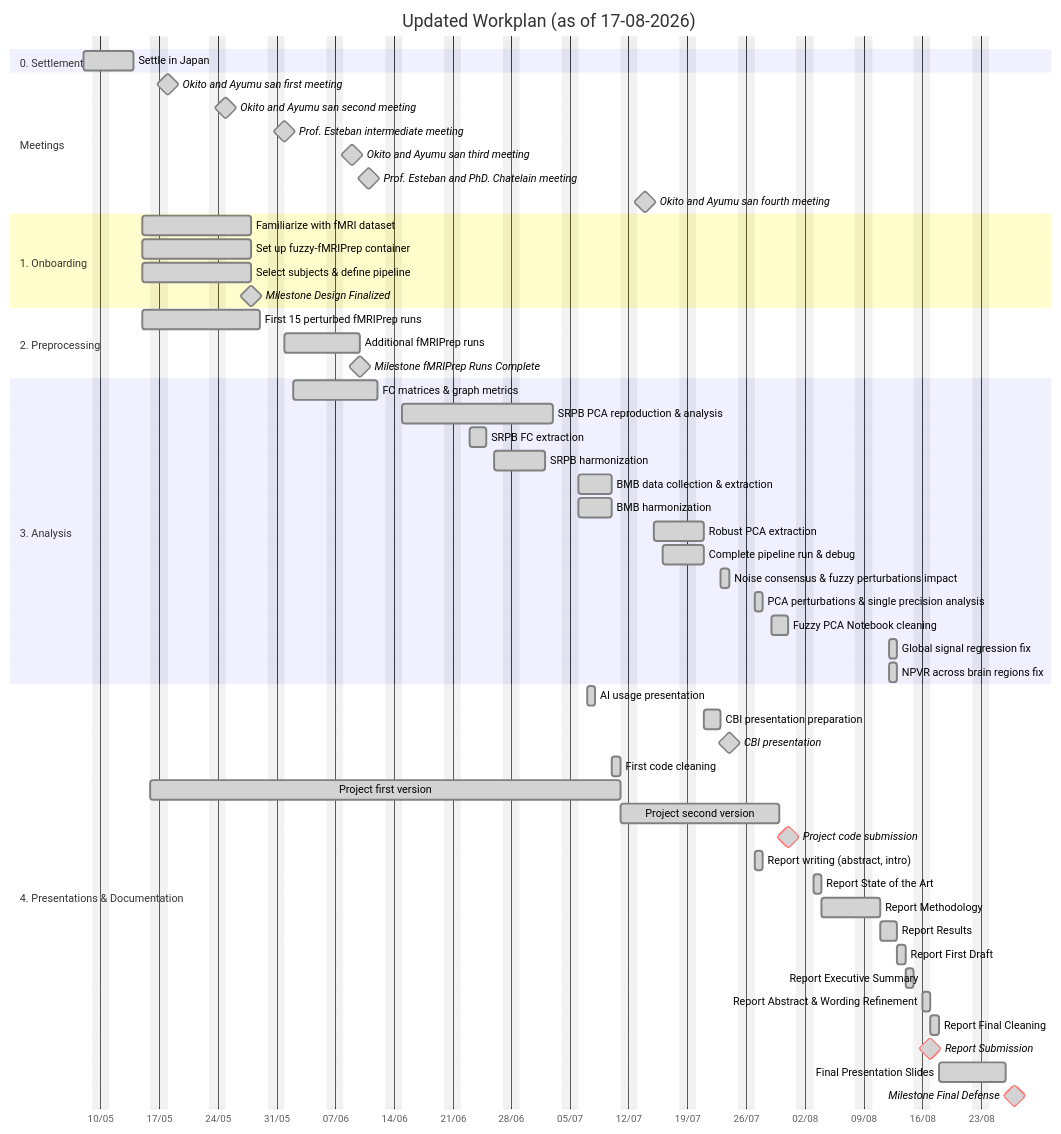
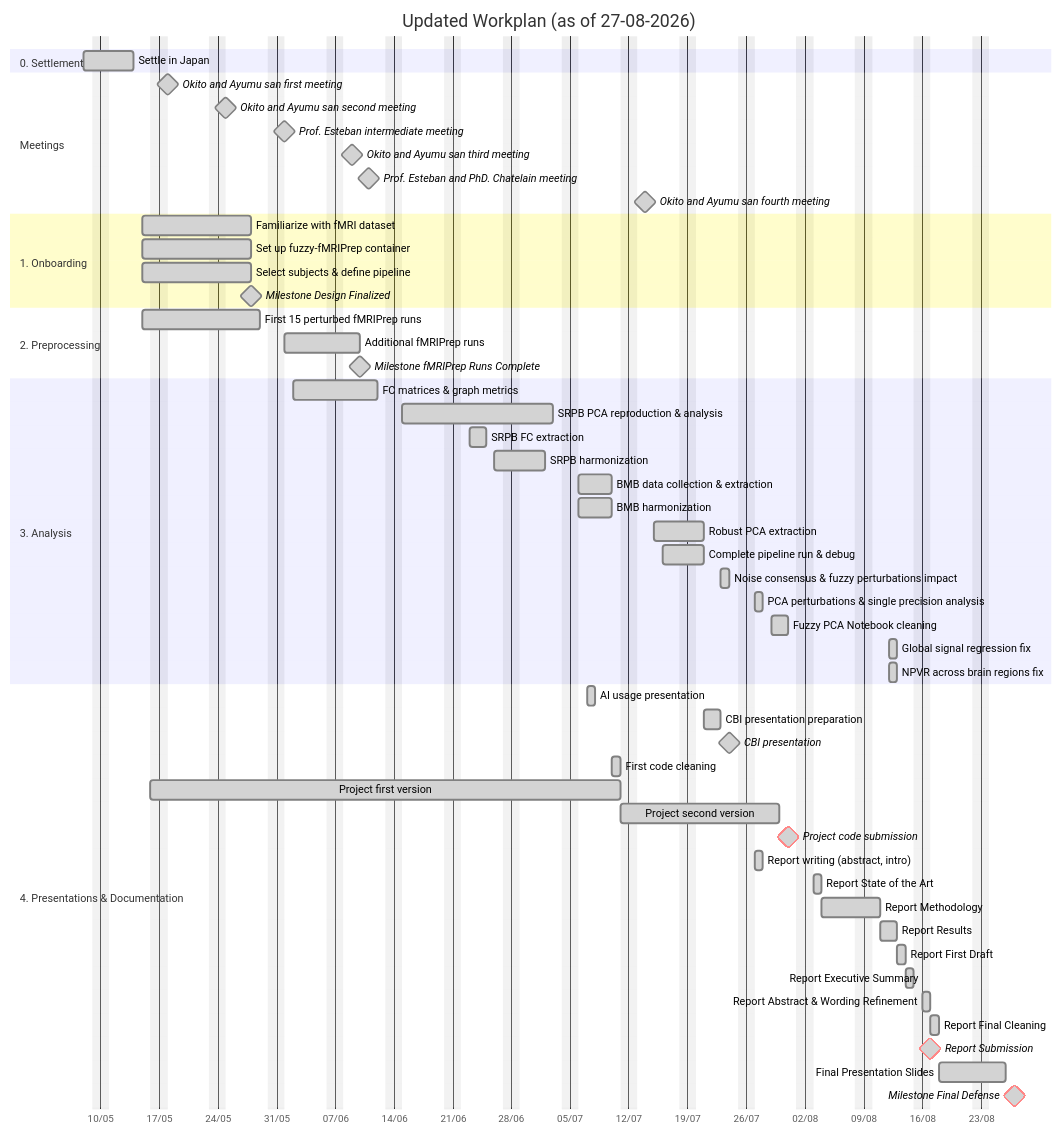
One commit to MadeInShineA/bachelor-thesis changed the diagram in site/index.qmd. Above: the diagram before and after it, drawn with Mermaid.

Commit message:
chore: Update gantt date

````diff
--- a/site/index.qmd
+++ b/site/index.qmd
@@ -73,64 +73,64 @@
 ```{mermaid}
 gantt
-    title Updated Workplan (as of 17-08-2026)
+    title Updated Workplan (as of 27-08-2026)
     dateFormat  YYYY-MM-DD
     axisFormat  %d/%m
     excludes weekends
 
     section 0. Settlement
     Settle in Japan :done, settlement, 2026-05-08, 2026-05-14
 
     section Meetings
     Okito and Ayumu san first meeting :done, milestone, meet1, 2026-05-18, 0d
     Okito and Ayumu san second meeting :done, milestone, meet2, 2026-05-25, 0d
     Prof. Esteban intermediate meeting :done, milestone, meet3, 2026-06-01, 0d
     Okito and Ayumu san third meeting :done, milestone, meet4, 2026-06-09, 0d
     Prof. Esteban and PhD. Chatelain meeting :done, milestone, meet5, 2026-06-11, 0d
     Okito and Ayumu san fourth meeting :done, milestone, meet6, 2026-07-14, 0d
 
     section 1. Onboarding
     Familiarize with fMRI dataset       :done, p1t1, 2026-05-15, 2026-05-28
     Set up fuzzy-fMRIPrep container     :done, p1t2, 2026-05-15, 2026-05-28
     Select subjects & define pipeline   :done, p1t3, 2026-05-15, 2026-05-28
     Milestone Design Finalized          :done, milestone, m1, 2026-05-28, 0d
 
     section 2. Preprocessing
     First 15 perturbed fMRIPrep runs    :done, p2t1, 2026-05-15, 2026-05-29
     Additional fMRIPrep runs            :done, p2t2, 2026-06-01, 2026-06-10
     Milestone fMRIPrep Runs Complete    :done, milestone, m2, 2026-06-10, 0d
 
     section 3. Analysis
     FC matrices & graph metrics         :done, p3t1, 2026-06-02, 2026-06-12
     SRPB PCA reproduction & analysis    :done, p3t2, 2026-06-15, 2026-07-03
     SRPB FC extraction                  :done, p3t3, 2026-06-23, 2026-06-25
     SRPB harmonization                  :done, p3t4, 2026-06-26, 2026-07-02
     BMB data collection & extraction    :done, p3t5, 2026-07-06, 2026-07-10
     BMB harmonization                   :done, p3t6, 2026-07-06, 2026-07-10
     Robust PCA extraction               :done, p3t7, 2026-07-15, 2026-07-21
     Complete pipeline run & debug       :done, p3t8, 2026-07-16, 2026-07-21
     Noise consensus & fuzzy perturbations impact :done, p3t9, 2026-07-23, 1d
     PCA perturbations & single precision analysis :done, p3t10, 2026-07-27, 2026-07-28
     Fuzzy PCA Notebook cleaning         :done, p3t11, 2026-07-29, 2d
     Global signal regression fix         :done, p3t12, 2026-08-12, 2026-08-13
     NPVR across brain regions fix       :done, p3t13, 2026-08-12, 1d
 
     section 4. Presentations & Documentation
     AI usage presentation               :done, p4t0, 2026-07-07, 2026-07-08
     CBI presentation preparation        :done, p4t1, 2026-07-21, 2026-07-23
     CBI presentation                    :done, milestone, meet7, 2026-07-24, 0d
     First code cleaning                 :done, p4t2, 2026-07-10, 1d
     Project first version               :done, p4t3, 2026-05-16, 2026-07-11
     Project second version              :done, p4t4, 2026-07-11, 2026-07-30
     Project code submission             :done, milestone, crit, p4t5, 2026-07-31, 0d
     Report writing (abstract, intro)    :done, p4t6, 2026-07-27, 2026-07-28
     Report State of the Art             :done, p4t7, 2026-08-03, 2026-08-04
     Report Methodology                  :done, p4t8, 2026-08-04, 2026-08-11
     Report Results                      :done, p4t9, 2026-08-11, 2026-08-13
     Report First Draft                  :done, p4t10, 2026-08-13, 1d
     Report Executive Summary            :done, p4t11, 2026-08-14, 1d
     Report Abstract & Wording Refinement :done, p4t12, 2026-08-16, 2026-08-17
     Report Final Cleaning               :done, p4t13, 2026-08-17, 1d
     Report Submission                   :done, milestone, crit, m5, 2026-08-17, 0d
     Final Presentation Slides           :done, p4t14, 2026-08-18, 2026-08-26
       Milestone Final Defense             :milestone, done, crit, m4, 2026-08-27, 0d
 ```
````
